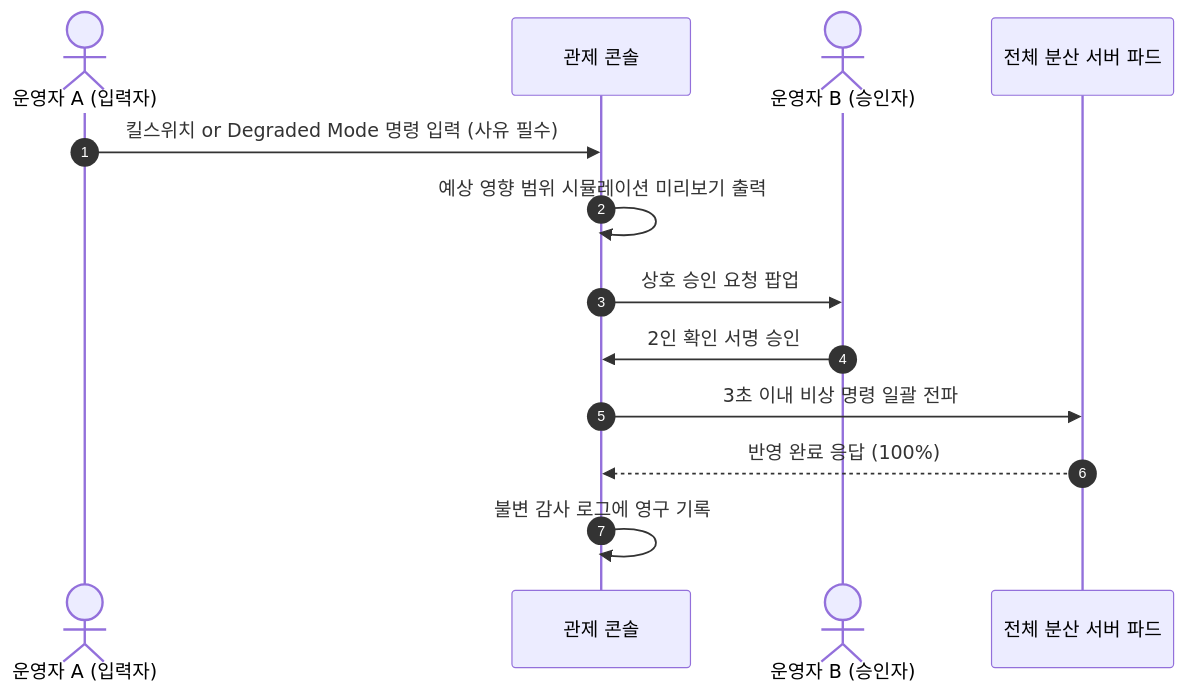
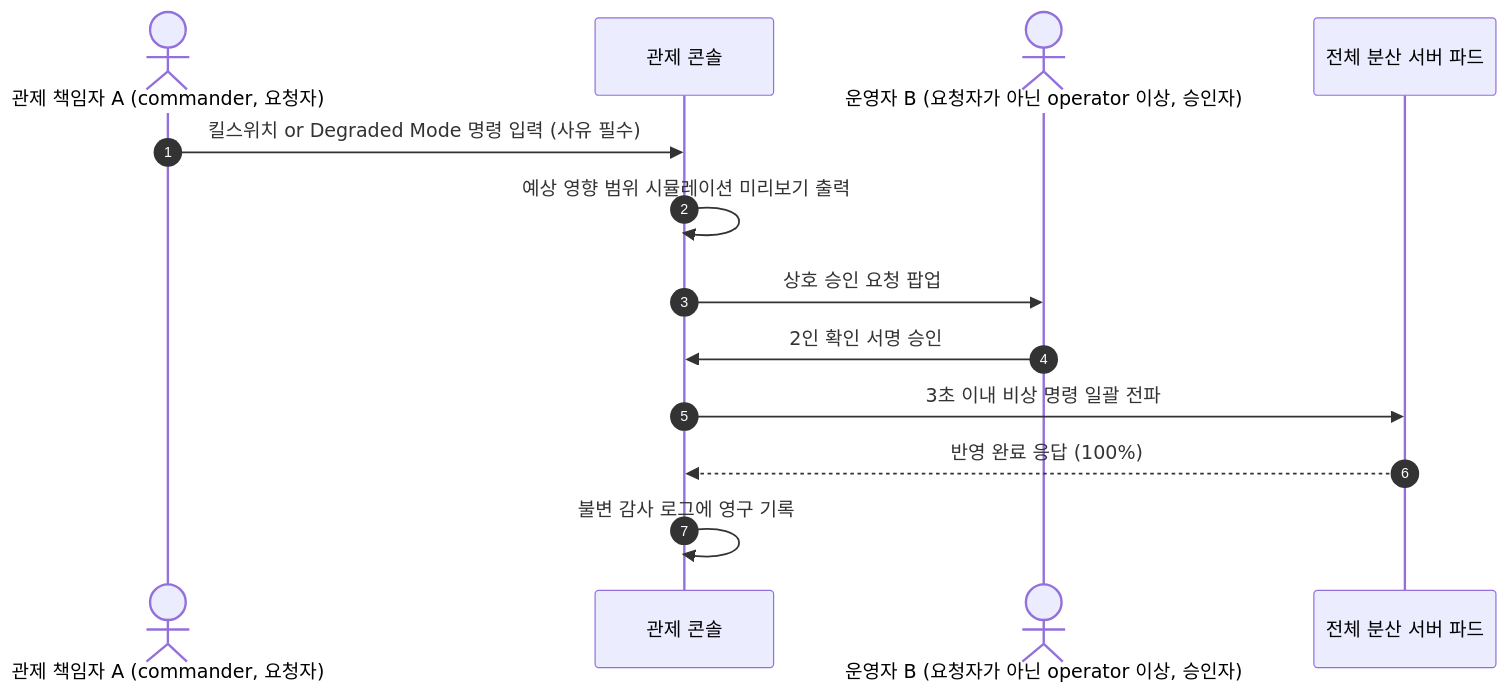
One commit to peaket/peaket changed the second of 2 diagrams in guide/10-control-tower.md. Above: the diagram before and after it, drawn with Mermaid. The commit also changed other lines of this file and 111 other files, not shown here.

````diff
--- a/guide/10-control-tower.md
+++ b/guide/10-control-tower.md
@@ -73,16 +73,16 @@
 ```mermaid
 sequenceDiagram
     autonumber
-    actor 운영자A as 운영자 A (입력자)
+    actor 운영자A as 관제 책임자 A (commander, 요청자)
     participant 콘솔 as 관제 콘솔
-    actor 운영자B as 운영자 B (승인자)
+    actor 운영자B as 운영자 B (요청자가 아닌 operator 이상, 승인자)
     participant 분산서버 as 전체 분산 서버 파드
 
     운영자A->>콘솔: 킬스위치 or Degraded Mode 명령 입력 (사유 필수)
     콘솔->>콘솔: 예상 영향 범위 시뮬레이션 미리보기 출력
     콘솔->>운영자B: 상호 승인 요청 팝업
     운영자B->>콘솔: 2인 확인 서명 승인
     콘솔->>분산서버: 3초 이내 비상 명령 일괄 전파
     분산서버-->>콘솔: 반영 완료 응답 (100%)
     콘솔->>콘솔: 불변 감사 로그에 영구 기록
 ```
````
